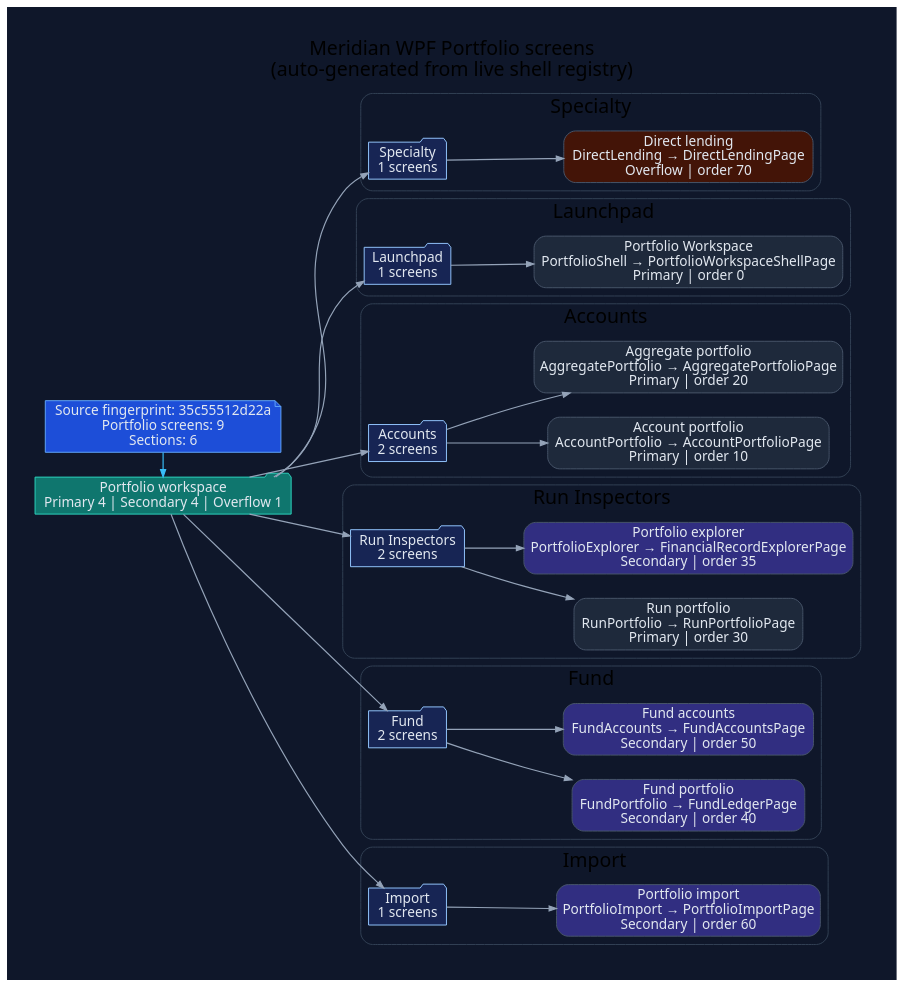
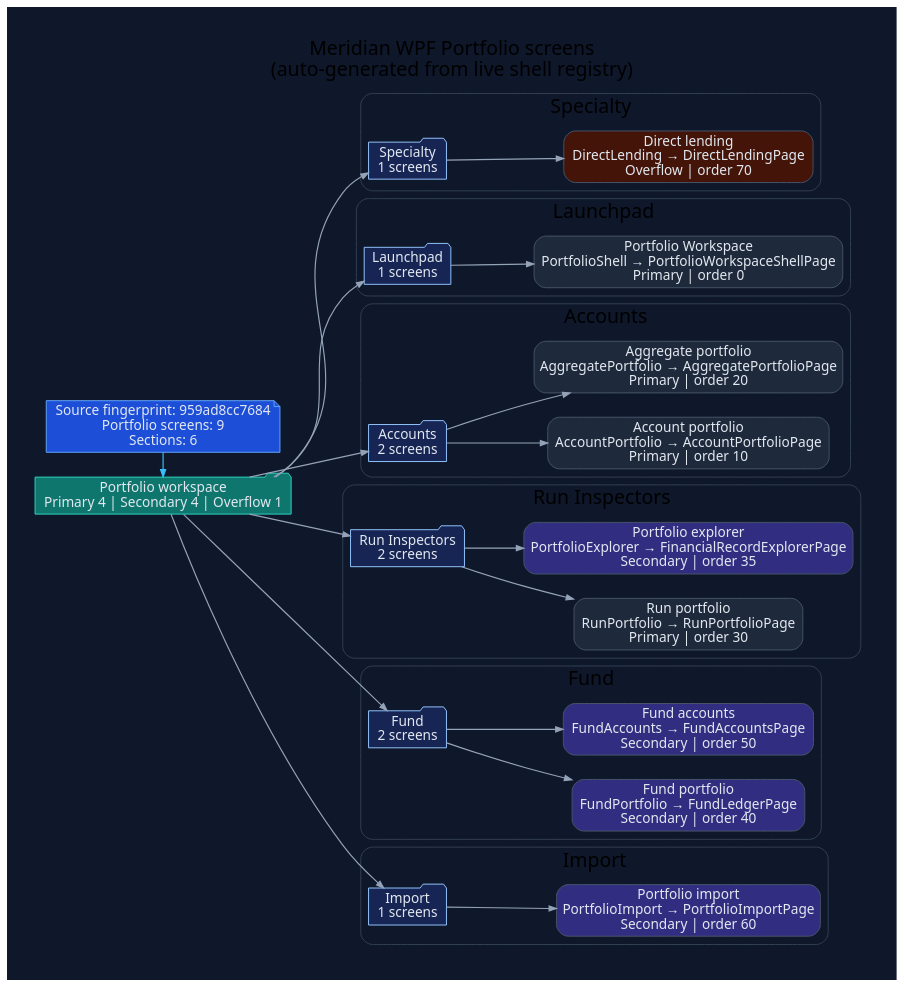
One commit to rodoHasArrived/Meridian-main changed the diagram in docs/diagrams/ui/ui-wpf-screens-portfolio.dot. Above: the diagram before and after it, drawn with Graphviz. The commit also changed 51 other files, not shown here.

```diff
--- a/docs/diagrams/ui/ui-wpf-screens-portfolio.dot
+++ b/docs/diagrams/ui/ui-wpf-screens-portfolio.dot
@@ -1,92 +1,92 @@
 // -----------------------------------------------------------------------------
 // <auto-generated>
 // Generated by scripts/generate-diagrams.mjs.
 // Do not edit this file directly; update the WPF source files instead.
 // -----------------------------------------------------------------------------
 digraph WpfPortfolioScreens {
   graph [
     rankdir=LR,
     labelloc=t,
     label="Meridian WPF Portfolio screens\n(auto-generated from live shell registry)",
     fontname="Segoe UI",
     fontsize=20,
     pad=0.4,
     nodesep=0.35,
     ranksep=0.85,
     bgcolor="#0f172a"
   ];
   node [fontname="Segoe UI", shape=box, style="rounded,filled", color="#475569", fontcolor="#e2e8f0", fillcolor="#1e293b"];
   edge [fontname="Segoe UI", color="#94a3b8", penwidth=1.2, arrowsize=0.75];
 
-  generated [shape=note, fillcolor="#1d4ed8", color="#60a5fa", label="Source fingerprint: 35c55512d22a\nPortfolio screens: 9\nSections: 6"];
+  generated [shape=note, fillcolor="#1d4ed8", color="#60a5fa", label="Source fingerprint: 959ad8cc7684\nPortfolio screens: 9\nSections: 6"];
   workspace [shape=folder, fillcolor="#0f766e", color="#2dd4bf", label="Portfolio workspace\nPrimary 4 | Secondary 4 | Overflow 1"];
   generated -> workspace [color="#38bdf8"];
 
   subgraph cluster_section_1 {
     label="Specialty";
     color="#334155";
     style="rounded";
     section_1 [shape=folder, fillcolor="#172554", color="#93c5fd", label="Specialty\n1 screens"];
     workspace -> section_1;
     screen_DirectLending [fillcolor="#431407", label="Direct lending\nDirectLending → DirectLendingPage\nOverflow | order 70"];
     section_1 -> screen_DirectLending;
   }
 
   subgraph cluster_section_2 {
     label="Launchpad";
     color="#334155";
     style="rounded";
     section_2 [shape=folder, fillcolor="#172554", color="#93c5fd", label="Launchpad\n1 screens"];
     workspace -> section_2;
     screen_PortfolioShell [fillcolor="#1e293b", label="Portfolio Workspace\nPortfolioShell → PortfolioWorkspaceShellPage\nPrimary | order 0"];
     section_2 -> screen_PortfolioShell;
   }
 
   subgraph cluster_section_3 {
     label="Accounts";
     color="#334155";
     style="rounded";
     section_3 [shape=folder, fillcolor="#172554", color="#93c5fd", label="Accounts\n2 screens"];
     workspace -> section_3;
     screen_AccountPortfolio [fillcolor="#1e293b", label="Account portfolio\nAccountPortfolio → AccountPortfolioPage\nPrimary | order 10"];
     section_3 -> screen_AccountPortfolio;
     screen_AggregatePortfolio [fillcolor="#1e293b", label="Aggregate portfolio\nAggregatePortfolio → AggregatePortfolioPage\nPrimary | order 20"];
     section_3 -> screen_AggregatePortfolio;
   }
 
   subgraph cluster_section_4 {
     label="Run Inspectors";
     color="#334155";
     style="rounded";
     section_4 [shape=folder, fillcolor="#172554", color="#93c5fd", label="Run Inspectors\n2 screens"];
     workspace -> section_4;
     screen_RunPortfolio [fillcolor="#1e293b", label="Run portfolio\nRunPortfolio → RunPortfolioPage\nPrimary | order 30"];
     section_4 -> screen_RunPortfolio;
     screen_PortfolioExplorer [fillcolor="#312e81", label="Portfolio explorer\nPortfolioExplorer → FinancialRecordExplorerPage\nSecondary | order 35"];
     section_4 -> screen_PortfolioExplorer;
   }
 
   subgraph cluster_section_5 {
     label="Fund";
     color="#334155";
     style="rounded";
     section_5 [shape=folder, fillcolor="#172554", color="#93c5fd", label="Fund\n2 screens"];
     workspace -> section_5;
     screen_FundPortfolio [fillcolor="#312e81", label="Fund portfolio\nFundPortfolio → FundLedgerPage\nSecondary | order 40"];
     section_5 -> screen_FundPortfolio;
     screen_FundAccounts [fillcolor="#312e81", label="Fund accounts\nFundAccounts → FundAccountsPage\nSecondary | order 50"];
     section_5 -> screen_FundAccounts;
   }
 
   subgraph cluster_section_6 {
     label="Import";
     color="#334155";
     style="rounded";
     section_6 [shape=folder, fillcolor="#172554", color="#93c5fd", label="Import\n1 screens"];
     workspace -> section_6;
     screen_PortfolioImport [fillcolor="#312e81", label="Portfolio import\nPortfolioImport → PortfolioImportPage\nSecondary | order 60"];
     section_6 -> screen_PortfolioImport;
   }
 
   { rank=min; generated; workspace; }
 }
```
